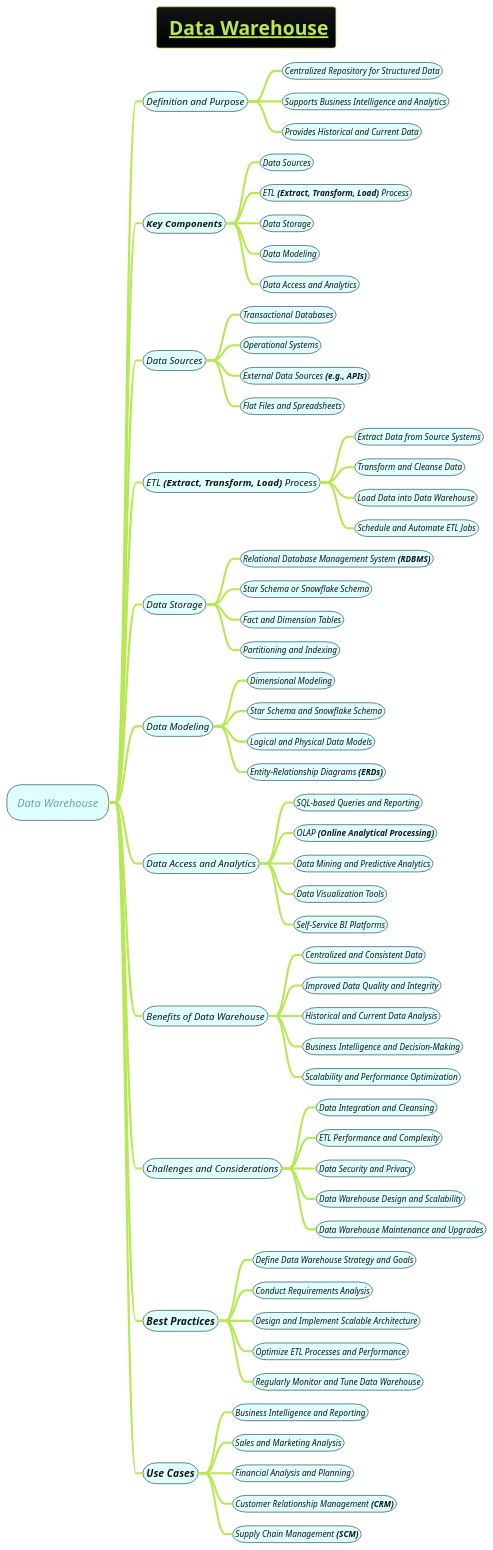
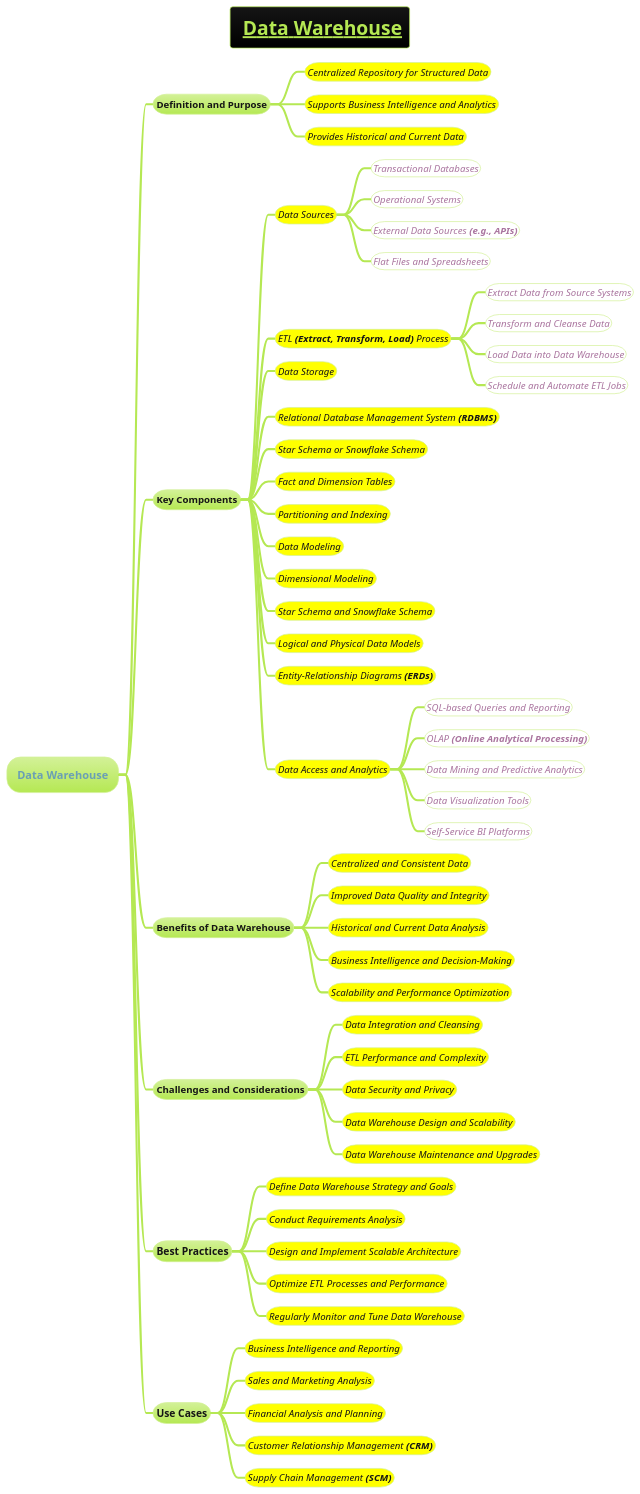
The diagram in docs/AI-ML- DL-Data-Science-and-BigData/data-science/data-engineering/data-storage-and-management/Data-Warehouse.puml (MehmoodHashmi/Documentation-as-Code-DaC), drawn with PlantUML before and after one commit. The commit also changed 3 other files, not shown here.

```diff
--- a/docs/AI-ML- DL-Data-Science-and-BigData/data-science/data-engineering/data-storage-and-management/Data-Warehouse.puml
+++ b/docs/AI-ML- DL-Data-Science-and-BigData/data-science/data-engineering/data-storage-and-management/Data-Warehouse.puml
@@ -1,87 +1,82 @@
 @startmindmap
-!theme hacker
 skinparam node {
     BorderColor DarkSlateGray
     BackgroundColor LightCyan
     FontStyle italic
 }
 skinparam connector {
     Color DarkSlateGray
     FontStyle Bold
 }
 
+!theme hacker
+
 title =__ Data Warehouse__
 * Data Warehouse
 
 ** Definition and Purpose
-*** Centralized Repository for Structured Data
-*** Supports Business Intelligence and Analytics
-*** Provides Historical and Current Data
+***[#yellow] ====<size:14>Centralized Repository for Structured Data
+***[#yellow] ====<size:14>Supports Business Intelligence and Analytics
+***[#yellow] ====<size:14>Provides Historical and Current Data
 
 ** **Key Components**
-*** Data Sources
-*** ETL **(Extract, Transform, Load)** Process
-*** Data Storage
-*** Data Modeling
-*** Data Access and Analytics
+***[#yellow] ====<size:14>Data Sources
+****[#white] ====<size:14>Transactional Databases
+****[#white] ====<size:14>Operational Systems
+****[#white] ====<size:14>External Data Sources **(e.g., APIs)**
+****[#white] ====<size:14>Flat Files and Spreadsheets
 
-** Data Sources
-*** Transactional Databases
-*** Operational Systems
-*** External Data Sources **(e.g., APIs)**
-*** Flat Files and Spreadsheets
+***[#yellow] ====<size:14>ETL **(Extract, Transform, Load)** Process
+****[#white] ====<size:14>Extract Data from Source Systems
+****[#white] ====<size:14>Transform and Cleanse Data
+****[#white] ====<size:14>Load Data into Data Warehouse
+****[#white] ====<size:14>Schedule and Automate ETL Jobs
 
-** ETL **(Extract, Transform, Load)** Process
-*** Extract Data from Source Systems
-*** Transform and Cleanse Data
-*** Load Data into Data Warehouse
-*** Schedule and Automate ETL Jobs
+***[#yellow] ====<size:14>Data Storage
+***[#yellow] ====<size:14>Relational Database Management System **(RDBMS)**
+***[#yellow] ====<size:14>Star Schema or Snowflake Schema
+***[#yellow] ====<size:14>Fact and Dimension Tables
+***[#yellow] ====<size:14>Partitioning and Indexing
 
-** Data Storage
-*** Relational Database Management System **(RDBMS)**
-*** Star Schema or Snowflake Schema
-*** Fact and Dimension Tables
-*** Partitioning and Indexing
+***[#yellow] ====<size:14>Data Modeling
+***[#yellow] ====<size:14>Dimensional Modeling
+***[#yellow] ====<size:14>Star Schema and Snowflake Schema
+***[#yellow] ====<size:14>Logical and Physical Data Models
+***[#yellow] ====<size:14>Entity-Relationship Diagrams **(ERDs)**
 
-** Data Modeling
-*** Dimensional Modeling
-*** Star Schema and Snowflake Schema
-*** Logical and Physical Data Models
-*** Entity-Relationship Diagrams **(ERDs)**
-
-** Data Access and Analytics
-*** SQL-based Queries and Reporting
-*** OLAP **(Online Analytical Processing)**
-*** Data Mining and Predictive Analytics
-*** Data Visualization Tools
-*** Self-Service BI Platforms
+***[#yellow] ====<size:14>Data Access and Analytics
+****[#white] ====<size:14>SQL-based Queries and Reporting
+****[#white] ====<size:14>OLAP **(Online Analytical Processing)**
+****[#white] ====<size:14>Data Mining and Predictive Analytics
+****[#white] ====<size:14>Data Visualization Tools
+****[#white] ====<size:14>Self-Service BI Platforms
 
 ** Benefits of Data Warehouse
-*** Centralized and Consistent Data
-*** Improved Data Quality and Integrity
-*** Historical and Current Data Analysis
-*** Business Intelligence and Decision-Making
-*** Scalability and Performance Optimization
+***[#yellow] ====<size:14>Centralized and Consistent Data
+***[#yellow] ====<size:14>Improved Data Quality and Integrity
+***[#yellow] ====<size:14>Historical and Current Data Analysis
+***[#yellow] ====<size:14>Business Intelligence and Decision-Making
+***[#yellow] ====<size:14>Scalability and Performance Optimization
 
 ** Challenges and Considerations
-*** Data Integration and Cleansing
-*** ETL Performance and Complexity
-*** Data Security and Privacy
-*** Data Warehouse Design and Scalability
-*** Data Warehouse Maintenance and Upgrades
+***[#yellow] ====<size:14>Data Integration and Cleansing
+***[#yellow] ====<size:14>ETL Performance and Complexity
+***[#yellow] ====<size:14>Data Security and Privacy
+***[#yellow] ====<size:14>Data Warehouse Design and Scalability
+***[#yellow] ====<size:14>Data Warehouse Maintenance and Upgrades
 
 ** ===Best Practices
-*** Define Data Warehouse Strategy and Goals
-*** Conduct Requirements Analysis
-*** Design and Implement Scalable Architecture
-*** Optimize ETL Processes and Performance
-*** Regularly Monitor and Tune Data Warehouse
+***[#yellow] ====<size:14>Define Data Warehouse Strategy and Goals
+***[#yellow] ====<size:14>Conduct Requirements Analysis
+***[#yellow] ====<size:14>Design and Implement Scalable Architecture
+***[#yellow] ====<size:14>Optimize ETL Processes and Performance
+***[#yellow] ====<size:14>Regularly Monitor and Tune Data Warehouse
 
 ** ===Use Cases
-*** Business Intelligence and Reporting
-*** Sales and Marketing Analysis
-*** Financial Analysis and Planning
-*** Customer Relationship Management **(CRM)**
-*** Supply Chain Management **(SCM)**
+***[#yellow] ====<size:14>Business Intelligence and Reporting
+***[#yellow] ====<size:14>Sales and Marketing Analysis
+***[#yellow] ====<size:14>Financial Analysis and Planning
+***[#yellow] ====<size:14>Customer Relationship Management **(CRM)**
+***[#yellow] ====<size:14>Supply Chain Management **(SCM)**
 
 @endmindmap
```
